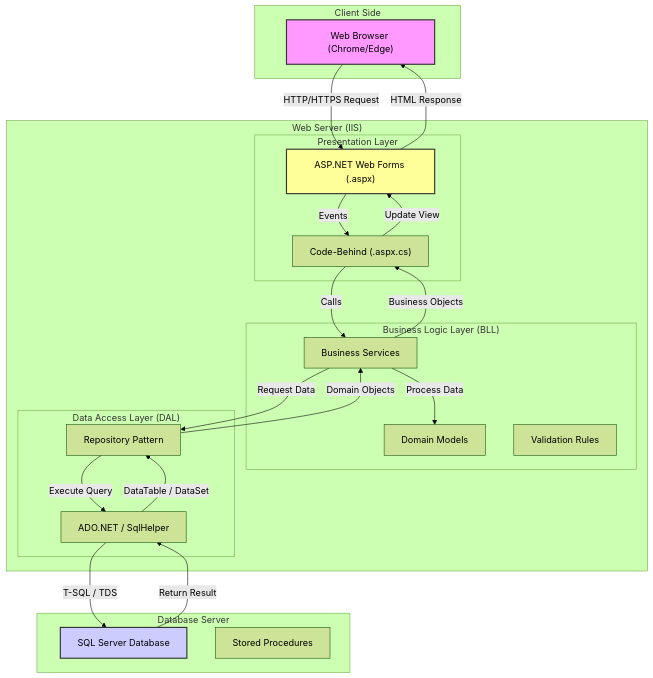
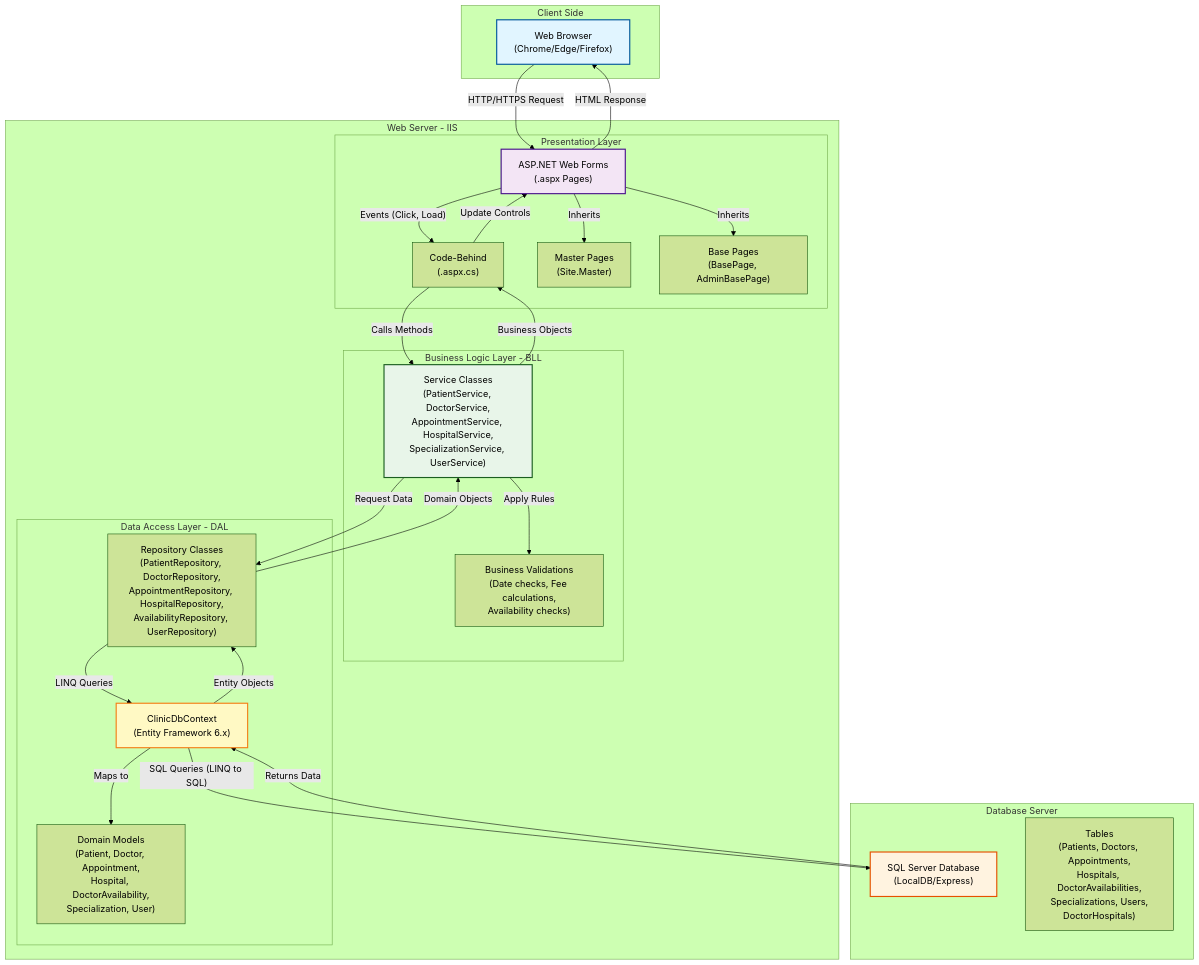
The first of 3 diagrams in System Design Documents/High Level diagram.md (nayanvithanage/durdans-webforms-mvp), drawn with Mermaid (forest theme) before and after one commit. The commit also changed other lines of this file and 8 other files, not shown here.

````diff
--- a/System Design Documents/High Level diagram.md
+++ b/System Design Documents/High Level diagram.md
@@ -5,49 +7,62 @@
 ```mermaid
 graph TD
     subgraph "Client Side"
-        Browser["Web Browser (Chrome/Edge)"]
+        Browser["Web Browser<br/>(Chrome/Edge/Firefox)"]
     end
 
-    subgraph "Web Server (IIS)"
+    subgraph "Web Server - IIS"
         subgraph "Presentation Layer"
-            WebForms["ASP.NET Web Forms (.aspx)"]
-            UI_Logic["Code-Behind (.aspx.cs)"]
+            WebForms["ASP.NET Web Forms<br/>(.aspx Pages)"]
+            CodeBehind["Code-Behind<br/>(.aspx.cs)"]
+            MasterPage["Master Pages<br/>(Site.Master)"]
+            BasePage["Base Pages<br/>(BasePage, AdminBasePage)"]
         end
 
-        subgraph "Business Logic Layer (BLL)"
-            Services["Business Services"]
-            Models["Domain Models"]
-            Validations["Validation Rules"]
+        subgraph "Business Logic Layer - BLL"
+            Services["Service Classes<br/>(PatientService, DoctorService,<br/>AppointmentService, HospitalService,<br/>SpecializationService, UserService)"]
+            Validation["Business Validations<br/>(Date checks, Fee calculations,<br/>Availability checks)"]
         end
 
-        subgraph "Data Access Layer (DAL)"
-            Repo["Repository Pattern"]
-            ADO["ADO.NET / SqlHelper"]
+        subgraph "Data Access Layer - DAL"
+            Repositories["Repository Classes<br/>(PatientRepository, DoctorRepository,<br/>AppointmentRepository, HospitalRepository,<br/>AvailabilityRepository, UserRepository)"]
+            DbContext["ClinicDbContext<br/>(Entity Framework 6.x)"]
+            Models["Domain Models<br/>(Patient, Doctor, Appointment,<br/>Hospital, DoctorAvailability,<br/>Specialization, User)"]
         end
     end
 
     subgraph "Database Server"
-        SQL["SQL Server Database"]
-        SPs["Stored Procedures"]
+        SQL["SQL Server Database<br/>(LocalDB/Express)"]
+        Tables["Tables<br/>(Patients, Doctors, Appointments,<br/>Hospitals, DoctorAvailabilities,<br/>Specializations, Users,<br/>DoctorHospitals)"]
     end
 
-    %% Interactions
+    %% User Interactions
     Browser -- "HTTP/HTTPS Request" --> WebForms
-    WebForms -- "Events" --> UI_Logic
-    UI_Logic -- "Calls" --> Services
-    Services -- "Process Data" --> Models
-    Services -- "Request Data" --> Repo
-    Repo -- "Execute Query" --> ADO
-    ADO -- "T-SQL / TDS" --> SQL
-    SQL -- "Return Result" --> ADO
-    ADO -- "DataTable / DataSet" --> Repo
-    Repo -- "Domain Objects" --> Services
-    Services -- "Business Objects" --> UI_Logic
-    UI_Logic -- "Update View" --> WebForms
+    WebForms -- "Inherits" --> MasterPage
+    WebForms -- "Inherits" --> BasePage
+    WebForms -- "Events (Click, Load)" --> CodeBehind
+    
+    %% Business Layer Flow
+    CodeBehind -- "Calls Methods" --> Services
+    Services -- "Apply Rules" --> Validation
+    Services -- "Request Data" --> Repositories
+    
+    %% Data Layer Flow
+    Repositories -- "LINQ Queries" --> DbContext
+    DbContext -- "Maps to" --> Models
+    DbContext -- "SQL Queries (LINQ to SQL)" --> SQL
+    SQL -- "Returns Data" --> DbContext
+    DbContext -- "Entity Objects" --> Repositories
+    
+    %% Response Flow
+    Repositories -- "Domain Objects" --> Services
+    Services -- "Business Objects" --> CodeBehind
+    CodeBehind -- "Update Controls" --> WebForms
     WebForms -- "HTML Response" --> Browser
 
     %% Styling
-    style Browser fill:#f9f,stroke:#333,stroke-width:2px
-    style SQL fill:#ccf,stroke:#333,stroke-width:2px
-    style WebForms fill:#ff9,stroke:#333,stroke-width:2px
+    style Browser fill:#e1f5ff,stroke:#01579b,stroke-width:2px
+    style SQL fill:#fff3e0,stroke:#e65100,stroke-width:2px
+    style WebForms fill:#f3e5f5,stroke:#4a148c,stroke-width:2px
+    style Services fill:#e8f5e9,stroke:#1b5e20,stroke-width:2px
+    style DbContext fill:#fff9c4,stroke:#f57f17,stroke-width:2px
 ```
````
